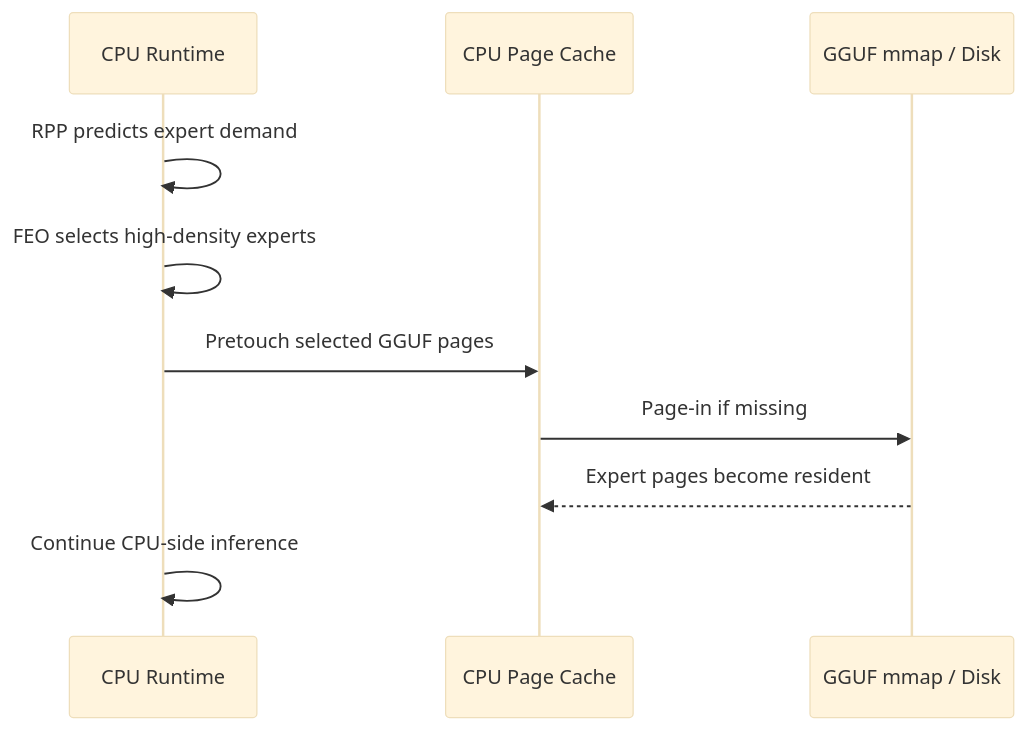
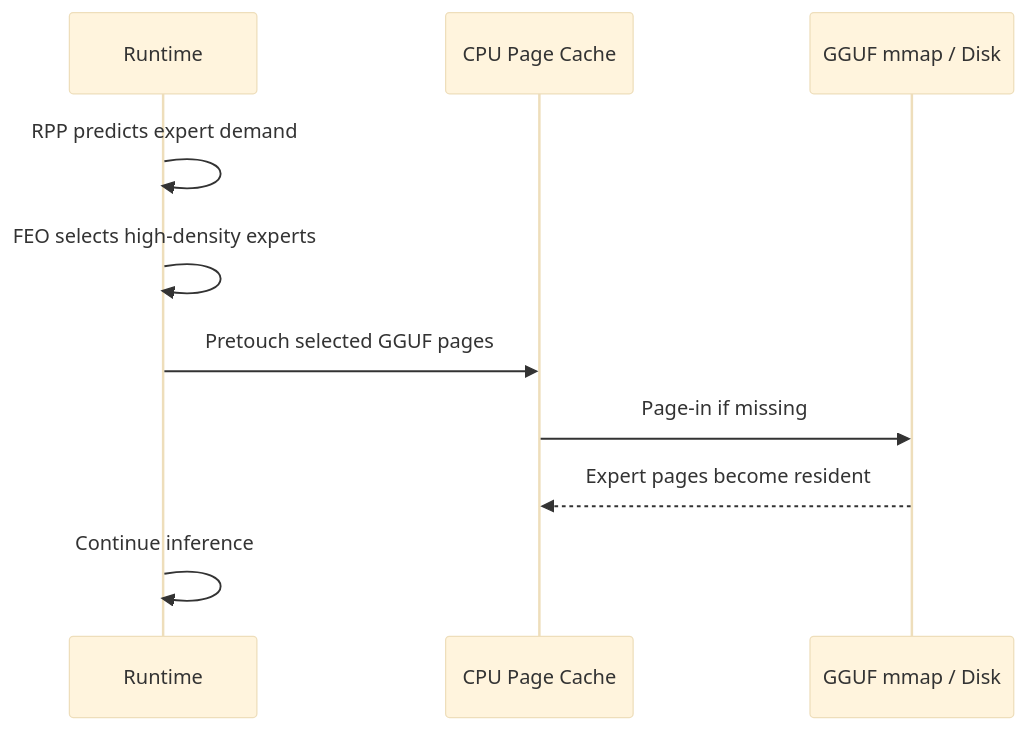
Before and after one commit to WayneHuang1185/MoE-inference-Optimization: the first of 3 diagrams in REPORT.md, drawn with Mermaid (base theme). The commit also changed other lines of this file, not shown here.

````diff
--- a/REPORT.md
+++ b/REPORT.md
@@ -13,13 +17,13 @@
 ```mermaid
 sequenceDiagram
-    participant CPU as CPU Runtime
+    participant Runtime
     participant DRAM as CPU Page Cache
     participant Disk as GGUF mmap / Disk
 
-    CPU->>CPU: RPP predicts expert demand
-    CPU->>CPU: FEO selects high-density experts
-    CPU->>DRAM: Pretouch selected GGUF pages
+    Runtime->>Runtime: RPP predicts expert demand
+    Runtime->>Runtime: FEO selects high-density experts
+    Runtime->>DRAM: Pretouch selected GGUF pages
     DRAM->>Disk: Page-in if missing
     Disk-->>DRAM: Expert pages become resident
-    CPU->>CPU: Continue CPU-side inference
+    Runtime->>Runtime: Continue inference
 ```
````
